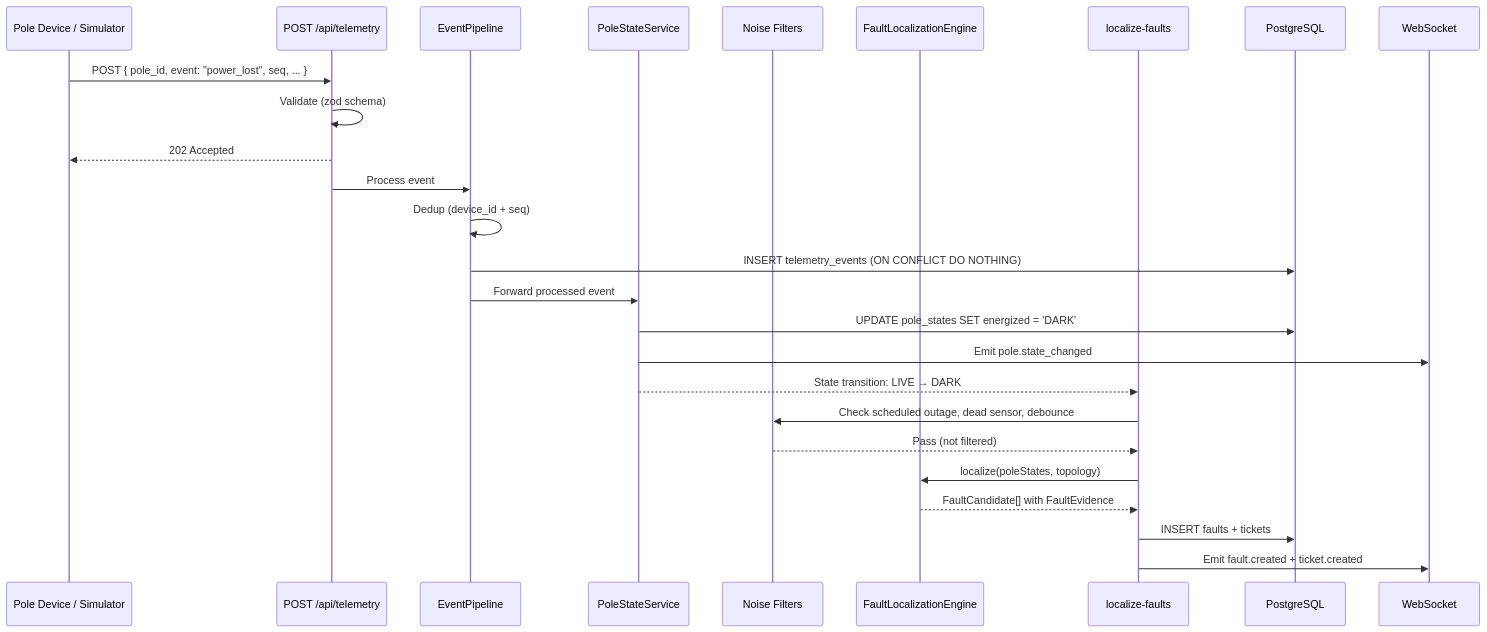
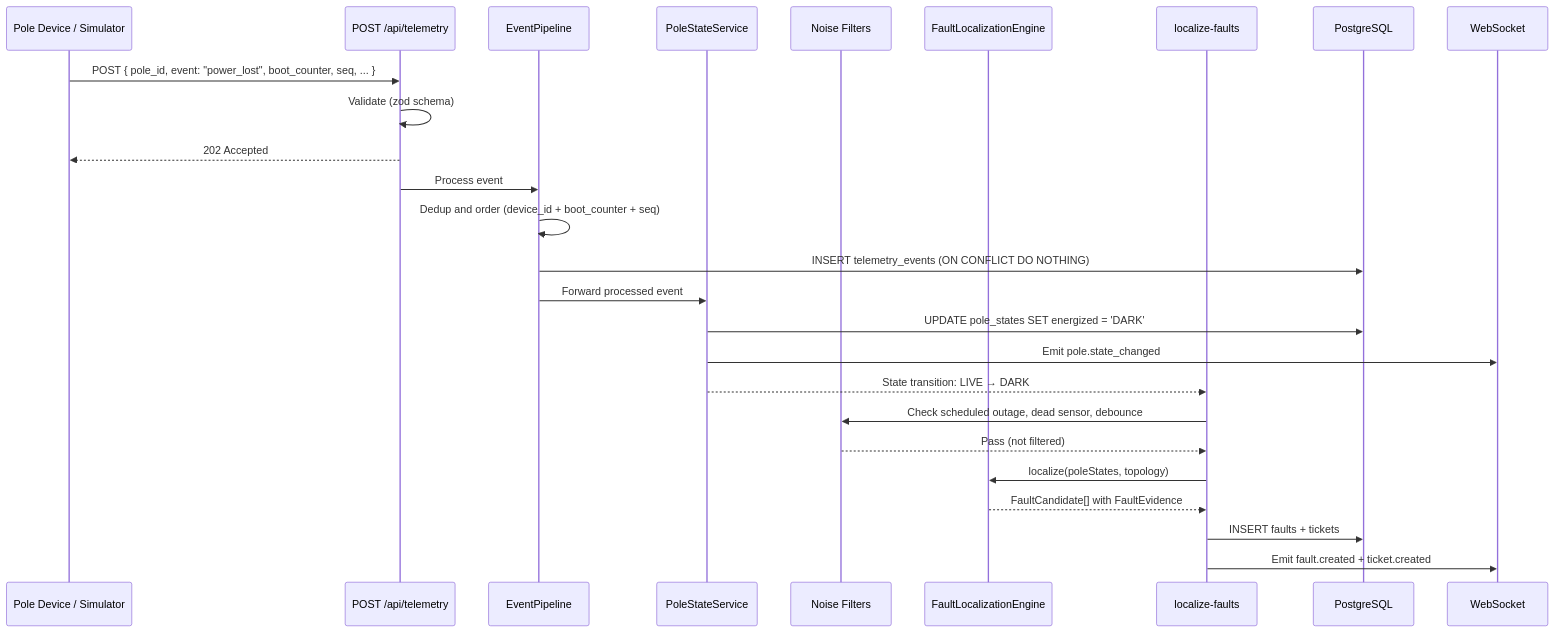
Before and after one commit to balaji0931/ElectriFix: the third of 9 diagrams in API-SPECIFICATION.md, drawn with Mermaid. The commit also changed other lines of this file and 6 other files, not shown here.

Commit message:
docs: introduce telemetry stream identity using boot_counter

````diff
--- a/API-SPECIFICATION.md
+++ b/API-SPECIFICATION.md
@@ -1647,35 +1650,35 @@
 ```mermaid
 sequenceDiagram
     participant Device as Pole Device / Simulator
     participant API as POST /api/telemetry
     participant EP as EventPipeline
     participant PSS as PoleStateService
     participant NF as Noise Filters
     participant FLE as FaultLocalizationEngine
     participant UC as localize-faults
     participant DB as PostgreSQL
     participant WS as WebSocket
 
-    Device->>API: POST { pole_id, event: "power_lost", seq, ... }
+    Device->>API: POST { pole_id, event: "power_lost", boot_counter, seq, ... }
     API->>API: Validate (zod schema)
     API-->>Device: 202 Accepted
 
     API->>EP: Process event
-    EP->>EP: Dedup (device_id + seq)
+    EP->>EP: Dedup and order (device_id + boot_counter + seq)
     EP->>DB: INSERT telemetry_events (ON CONFLICT DO NOTHING)
     EP->>PSS: Forward processed event
 
     PSS->>DB: UPDATE pole_states SET energized = 'DARK'
     PSS->>WS: Emit pole.state_changed
 
     PSS-->>UC: State transition: LIVE → DARK
 
     UC->>NF: Check scheduled outage, dead sensor, debounce
     NF-->>UC: Pass (not filtered)
 
     UC->>FLE: localize(poleStates, topology)
     FLE-->>UC: FaultCandidate[] with FaultEvidence
 
     UC->>DB: INSERT faults + tickets
     UC->>WS: Emit fault.created + ticket.created
 ```
````
